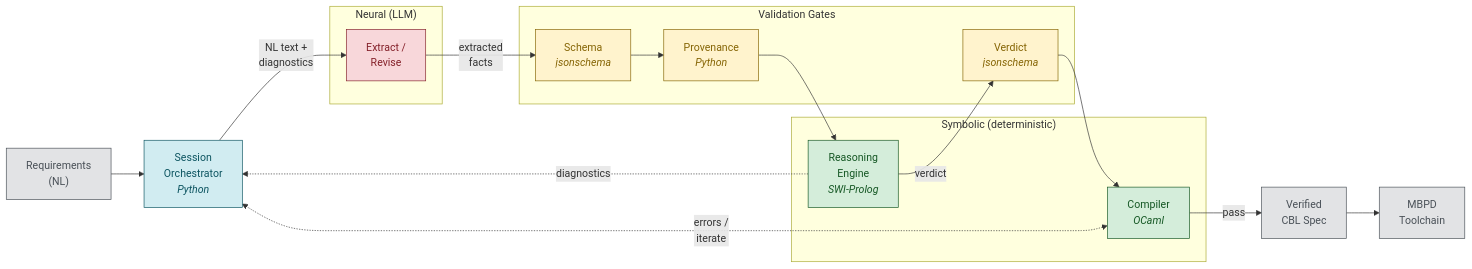
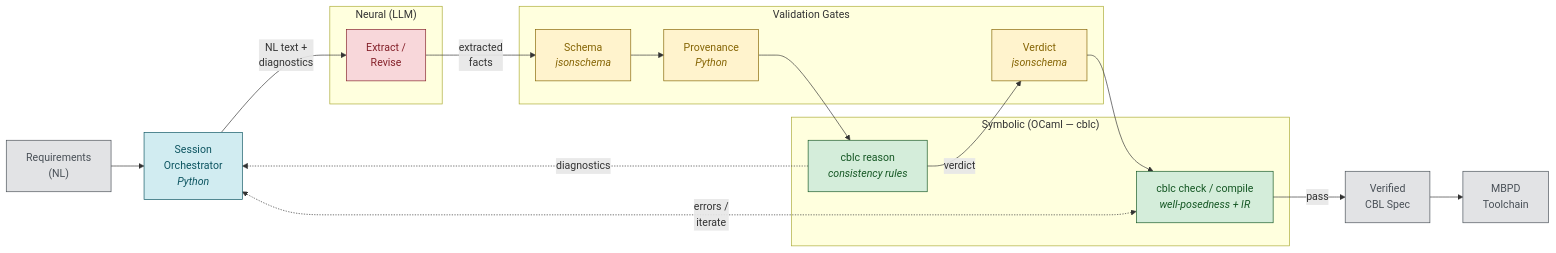
One commit to isrlab/cbl changed the diagram in README.md. Above: the diagram before and after it, drawn with Mermaid. The commit also changed other lines of this file and 8 other files, not shown here.

````diff
--- a/README.md
+++ b/README.md
@@ -11,42 +11,42 @@
 ```mermaid
 flowchart LR
     classDef neural fill:#f8d7da,stroke:#842029,color:#842029
     classDef symbolic fill:#d4edda,stroke:#155724,color:#155724
     classDef gate fill:#fff3cd,stroke:#856404,color:#856404
     classDef ext fill:#e2e3e5,stroke:#495057,color:#495057
     classDef orch fill:#d1ecf1,stroke:#0c5460,color:#0c5460
 
     NL["Requirements<br>(NL)"]:::ext
     ORCH["Session<br>Orchestrator<br><i>Python</i>"]:::orch
 
     NL --> ORCH
 
     subgraph NEURAL ["Neural (LLM)"]
         E["Extract /<br>Revise"]:::neural
     end
 
     ORCH -- "NL text +<br>diagnostics" --> E
     E -- "extracted<br>facts" --> G1
 
     subgraph GATES ["Validation Gates"]
         G1["Schema<br><i>jsonschema</i>"]:::gate
         G2["Provenance<br><i>Python</i>"]:::gate
         G3["Verdict<br><i>jsonschema</i>"]:::gate
     end
     G1 --> G2
 
-    subgraph SYMBOLIC ["Symbolic (deterministic)"]
-        P["Reasoning<br>Engine<br><i>SWI-Prolog</i>"]:::symbolic
-        C["Compiler<br><i>OCaml</i>"]:::symbolic
+    subgraph SYMBOLIC ["Symbolic (OCaml — cblc)"]
+        R["cblc reason<br><i>consistency rules</i>"]:::symbolic
+        C["cblc check / compile<br><i>well-posedness + IR</i>"]:::symbolic
     end
 
-    G2 --> P
-    P -- "verdict" --> G3
+    G2 --> R
+    R -- "verdict" --> G3
     G3 --> C
 
-    P -. "diagnostics" .-> ORCH
+    R -. "diagnostics" .-> ORCH
     C <-. "errors /<br>iterate" .-> ORCH
 
     C -- "pass" --> OUT["Verified<br>CBL Spec"]:::ext
     OUT --> MBPD["MBPD<br>Toolchain"]:::ext
 ```
````
